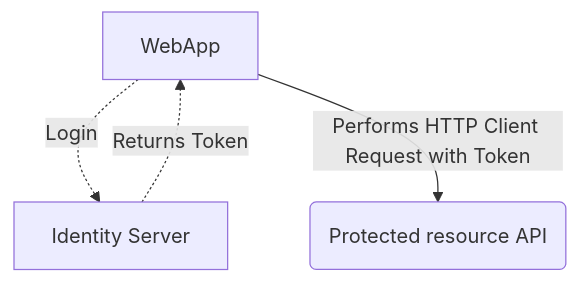
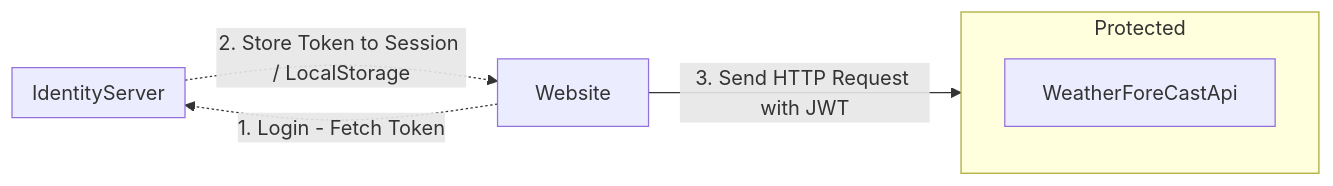
One commit to ninalamo/JWT-Ssample changed the diagram in README.md. Above: the diagram before and after it, drawn with Mermaid.

````diff
--- a/README.md
+++ b/README.md
@@ -2,6 +2,14 @@
 ```mermaid
-flowchart TD
-    A -.-> | Login | C[Identity Server]   
-    C -.-> | Returns Token | A
-    A[WebApp] -->|Performs HTTP Client Request with Token| B(Protected resource API)
+flowchart LR
+    Website -.-> |1. Login - Fetch Token| IdentityServer
+    IdentityServer -.-> |2. Store Token to Session / LocalStorage | Website
+    Website --> |3. Send HTTP Request with JWT| Protected
+    
+    subgraph Protected
+    WeatherForeCastApi
+    end
+    subgraph IdentityServer
+
+    end
+
 ```
````
